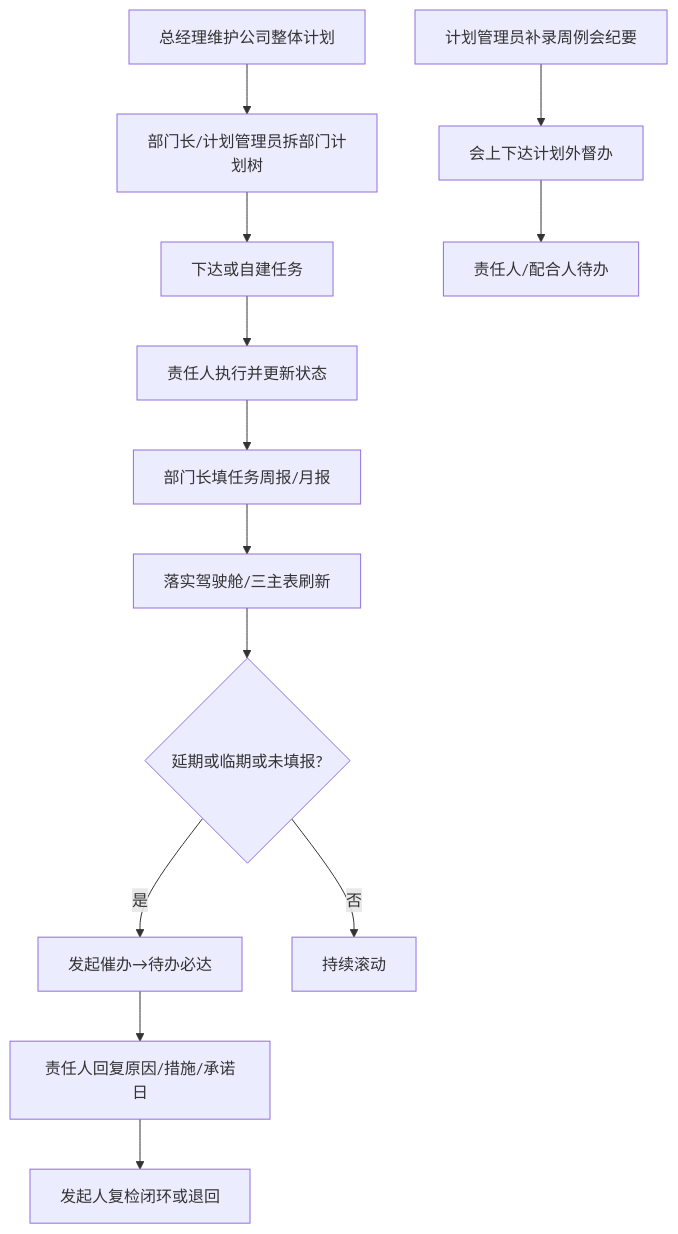
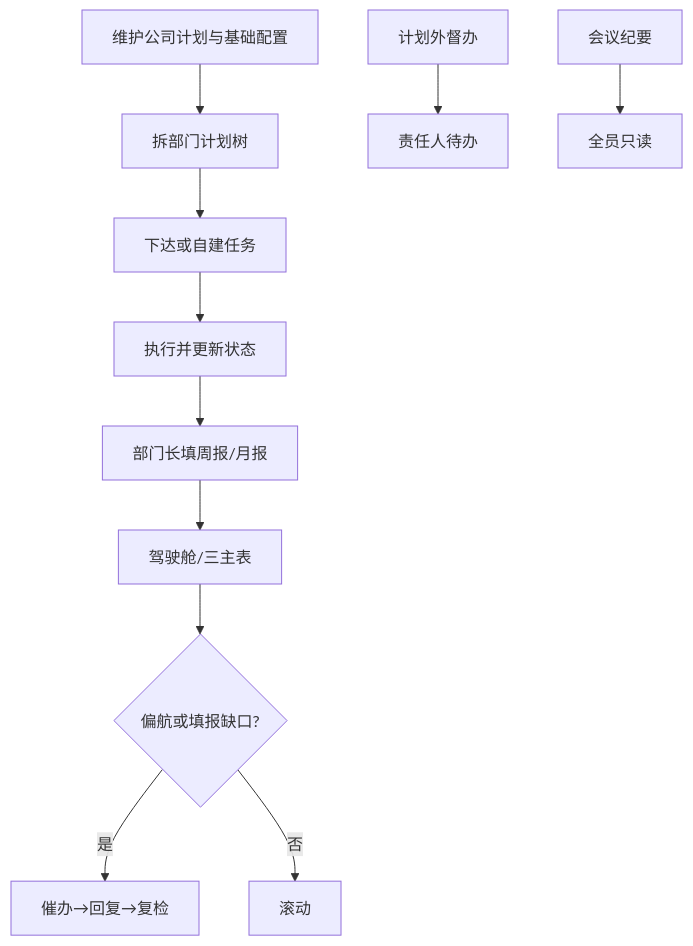
The first of 2 diagrams in docs/versions/v4.0.0/prd.md (liaoliao66/BMS), drawn with Mermaid before and after one commit. The commit also changed other lines of this file and 24 other files, not shown here.

````diff
--- a/docs/versions/v4.0.0/prd.md
+++ b/docs/versions/v4.0.0/prd.md
@@ -115,15 +170,13 @@
 ```mermaid
 flowchart TD
-  A[总经理维护公司整体计划] --> B[部门长/计划管理员拆部门计划树]
+  A[维护公司计划与基础配置] --> B[拆部门计划树]
   B --> C[下达或自建任务]
-  C --> D[责任人执行并更新状态]
-  D --> E[部门长填任务周报/月报]
-  E --> F[落实驾驶舱/三主表刷新]
-  F --> G{延期或临期或未填报?}
-  G -->|是| H[发起催办→待办必达]
-  H --> I[责任人回复原因/措施/承诺日]
-  I --> J[发起人复检闭环或退回]
-  G -->|否| K[持续滚动]
-  L[会上下达计划外督办] --> M[责任人/配合人待办]
-  N[计划管理员补录周例会纪要] --> L
+  C --> D[执行并更新状态]
+  D --> E[部门长填周报/月报]
+  E --> F[驾驶舱/三主表]
+  F --> G{偏航或填报缺口?}
+  G -->|是| H[催办→回复→复检]
+  G -->|否| I[滚动]
+  J[计划外督办] --> K[责任人待办]
+  L[会议纪要] --> M[全员只读]
 ```
````
